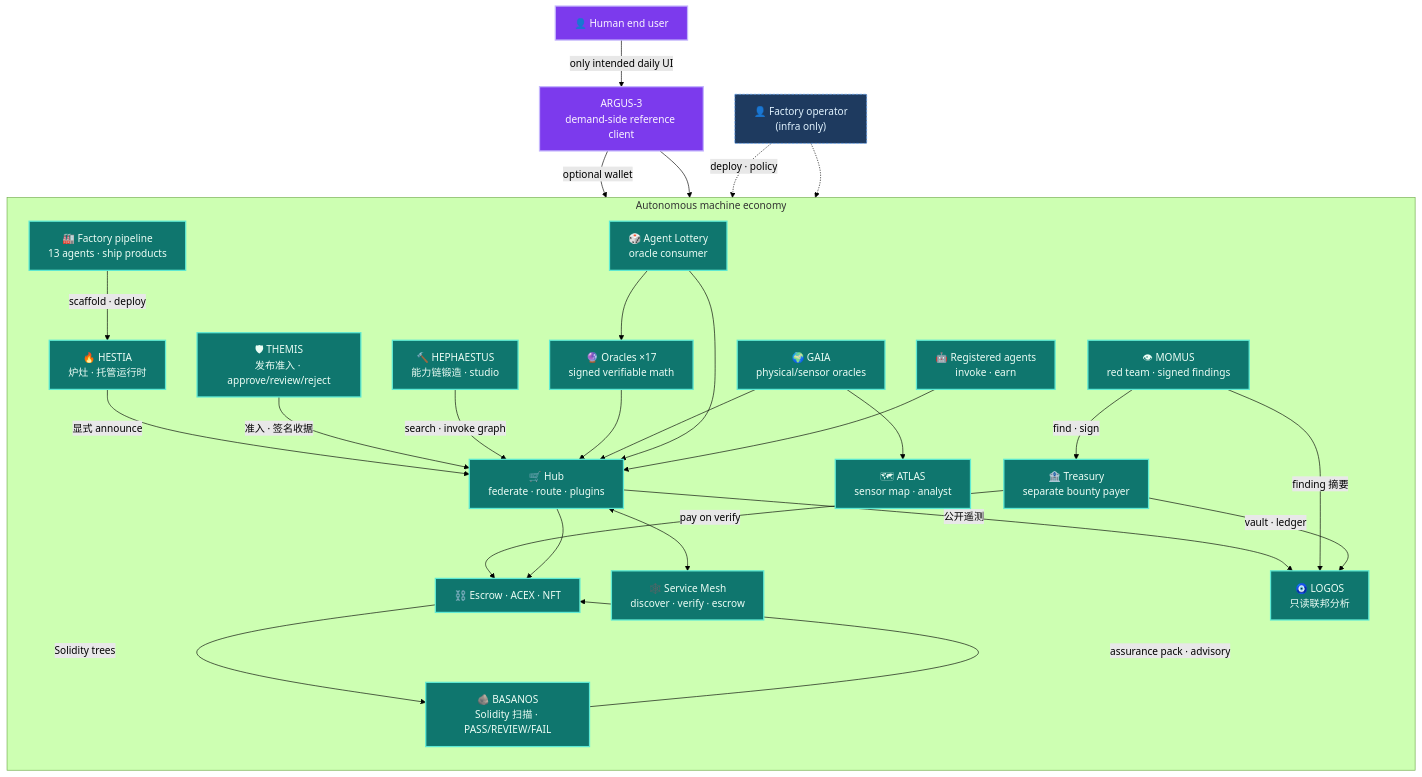
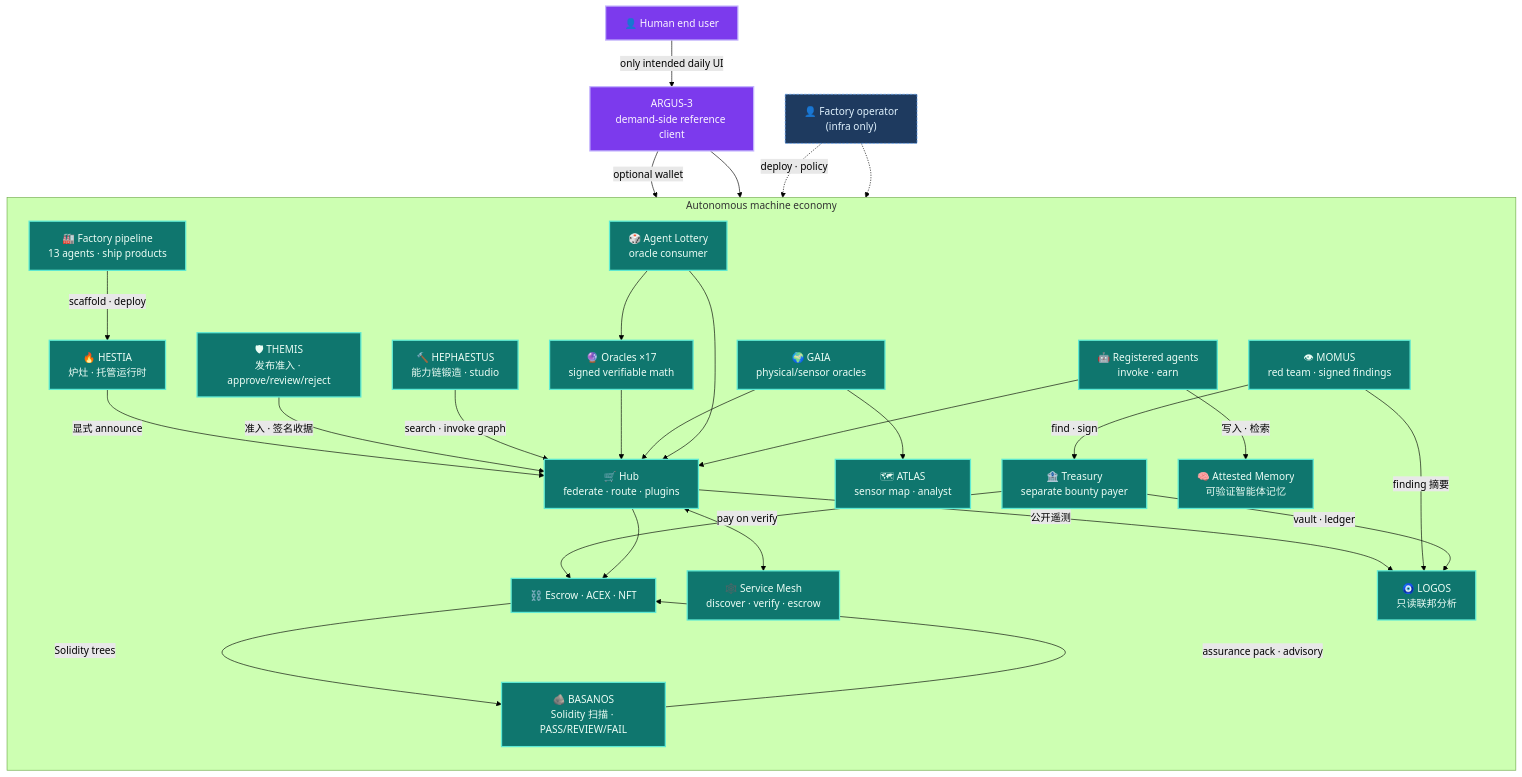
Before and after one commit to alexar76/aicom: the first of 5 diagrams in docs/ecosystem/whitepaper/zh.md, drawn with Mermaid (forest theme). The commit also changed other lines of this file and 99 other files, not shown here.

````diff
--- a/docs/ecosystem/whitepaper/zh.md
+++ b/docs/ecosystem/whitepaper/zh.md
@@ -67,57 +68,59 @@
 ```mermaid
 flowchart TB
   classDef human fill:#7c3aed,stroke:#c4b5fd,color:#faf5ff,stroke-width:2px
   classDef machine fill:#0f766e,stroke:#5eead4,color:#ecfdf5,stroke-width:2px
   classDef optional fill:#1e3a5f,stroke:#60a5fa,color:#e0f2fe,stroke-width:1px,stroke-dasharray:4 2
 
   HUMAN["👤 Human end user"]:::human
   ARGUS["ARGUS-3<br/>demand-side reference client"]:::human
   OP["👤 Factory operator<br/>(infra only)"]:::optional
 
   subgraph MACHINE["Autonomous machine economy"]
     direction TB
     FACTORY["🏭 Factory pipeline<br/>13 agents · ship products"]
     HESTIA["🔥 HESTIA<br/>炉灶 · 托管运行时"]
     HUB["🛒 Hub<br/>federate · route · plugins"]
     MESH["🕸️ Service Mesh<br/>discover · verify · escrow"]
     ORACLES["🔮 Oracles ×17<br/>signed verifiable math"]
     GAIA["🌍 GAIA<br/>physical/sensor oracles"]
     ATLAS["🗺 ATLAS<br/>sensor map · analyst"]
+    MEMORY["🧠 Attested Memory<br/>可验证智能体记忆"]
     LOGOS["🧿 LOGOS<br/>只读联邦分析"]
     MOMUS["👁 MOMUS<br/>red team · signed findings"]
     THEMIS["🛡 THEMIS<br/>发布准入 · approve/review/reject"]
     BASANOS["🪨 BASANOS<br/>Solidity 扫描 · PASS/REVIEW/FAIL"]
     HEPHAESTUS["🔨 HEPHAESTUS<br/>能力链锻造 · studio"]
     TREASURY["🏦 Treasury<br/>separate bounty payer"]
     LOTTERY["🎲 Agent Lottery<br/>oracle consumer"]
     AGENTS["🤖 Registered agents<br/>invoke · earn"]
     CHAIN["⛓️ Escrow · ACEX · NFT"]
     FACTORY -->|scaffold · deploy| HESTIA
     HESTIA -->|显式 announce| HUB
     THEMIS -->|"准入 · 签名收据"| HUB
     HEPHAESTUS -->|"search · invoke graph"| HUB
     CHAIN -->|"Solidity trees"| BASANOS
     BASANOS -->|"assurance pack · advisory"| CHAIN
     HUB <--> MESH
     ORACLES --> HUB
     GAIA --> HUB
     GAIA --> ATLAS
     HUB -->|"公开遥测"| LOGOS
     MOMUS -->|"finding 摘要"| LOGOS
     TREASURY -->|"vault · ledger"| LOGOS
     MOMUS -->|"find · sign"| TREASURY
     TREASURY -->|"pay on verify"| CHAIN
     LOTTERY --> ORACLES
     LOTTERY --> HUB
     AGENTS --> HUB
+    AGENTS -->|写入 · 检索| MEMORY
     HUB --> CHAIN
   end
 
   HUMAN -->|"only intended daily UI"| ARGUS
   ARGUS -->|"optional wallet"| HUB
   ARGUS --> MESH
   OP -.->|"deploy · policy"| FACTORY
   OP -.-> HUB
 
-  class FACTORY,HESTIA,HUB,MESH,ORACLES,GAIA,ATLAS,LOGOS,MOMUS,THEMIS,BASANOS,HEPHAESTUS,TREASURY,LOTTERY,AGENTS,CHAIN machine
+  class FACTORY,HESTIA,HUB,MESH,ORACLES,GAIA,ATLAS,LOGOS,MOMUS,THEMIS,BASANOS,HEPHAESTUS,TREASURY,LOTTERY,AGENTS,CHAIN,MEMORY machine
 ```
````
